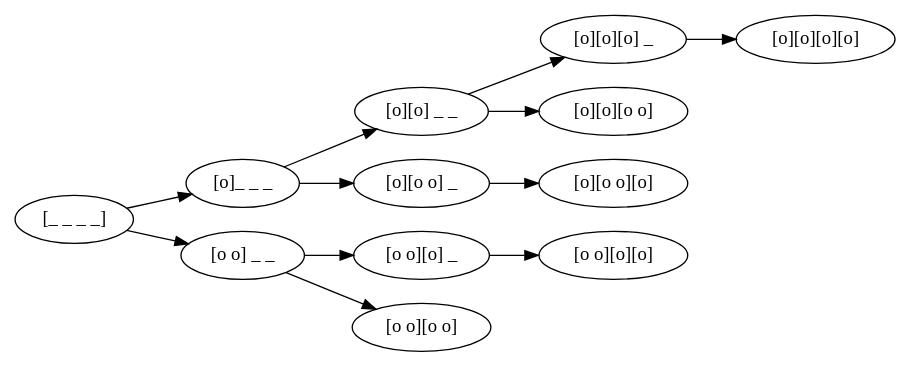
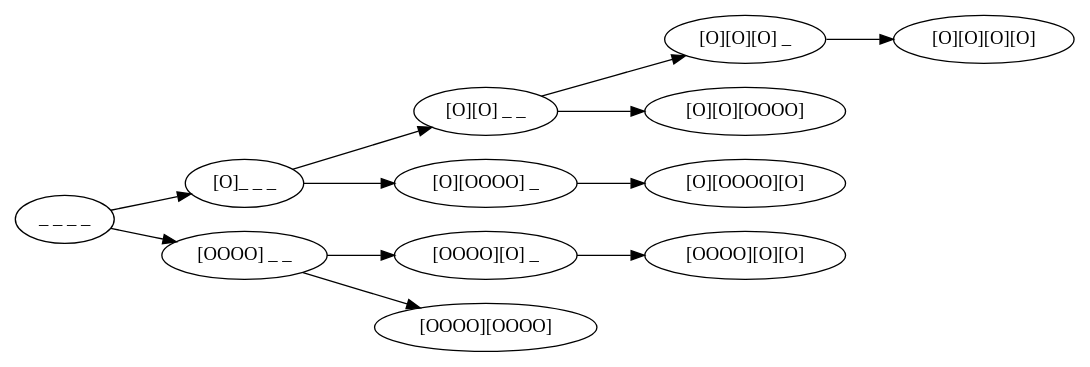
One commit to blasco991/ALGO2020 changed the diagram in piastrelle/4.md. Above: the diagram before and after it, drawn with PlantUML. The commit also changed 7 other files, not shown here.

````diff
--- a/piastrelle/4.md
+++ b/piastrelle/4.md
@@ -1,19 +1,19 @@
 ```plantuml
 digraph G {
     rankdir="LR";
 
-    "[_ _ _ _]" -> "[o]_ _ _"
-    "[o]_ _ _" -> "[o][o] _ _"
-    "[o][o] _ _" -> "[o][o][o] _"
-    "[o][o][o] _" -> "[o][o][o][o]"
-    "[o][o] _ _" -> "[o][o][o o]"
-    "[o]_ _ _" -> "[o][o o] _"
-    "[o][o o] _" -> "[o][o o][o]"
+    "_ _ _ _" -> "[O]_ _ _"
+    "[O]_ _ _" -> "[O][O] _ _"
+    "[O][O] _ _" -> "[O][O][O] _"
+    "[O][O][O] _" -> "[O][O][O][O]"
+    "[O][O] _ _" -> "[O][O][OOOO]"
+    "[O]_ _ _" -> "[O][OOOO] _"
+    "[O][OOOO] _" -> "[O][OOOO][O]"
 
-    "[_ _ _ _]" -> "[o o] _ _"
-    "[o o] _ _" -> "[o o][o] _"
-    "[o o][o] _" -> "[o o][o][o]"
-    "[o o] _ _" -> "[o o][o o]"
+    "_ _ _ _" -> "[OOOO] _ _"
+    "[OOOO] _ _" -> "[OOOO][O] _"
+    "[OOOO][O] _" -> "[OOOO][O][O]"
+    "[OOOO] _ _" -> "[OOOO][OOOO]"
 
 }
 ```
````
